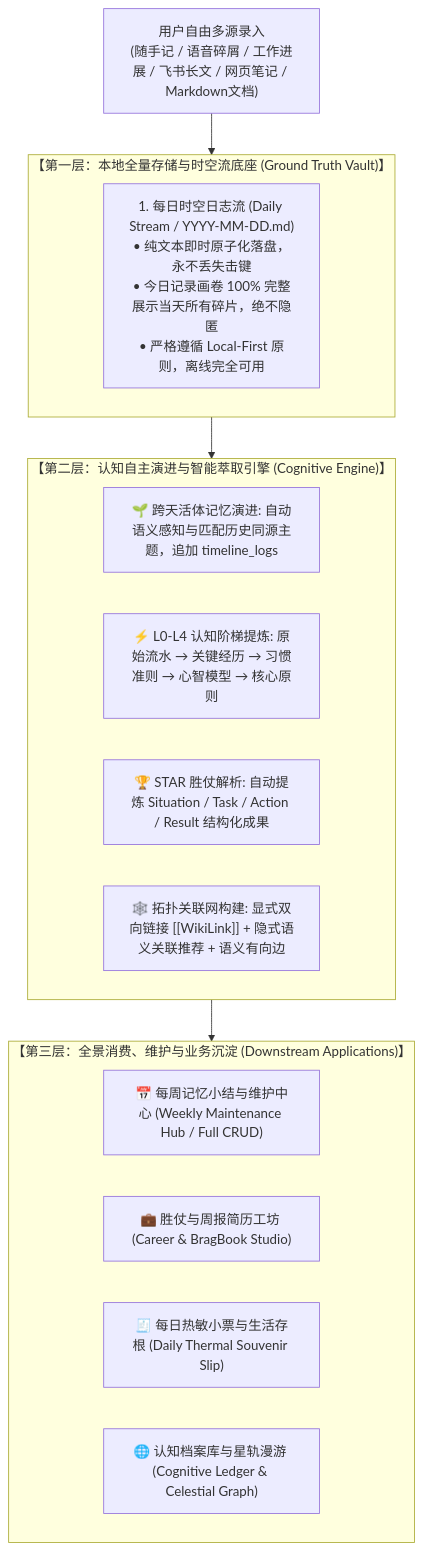
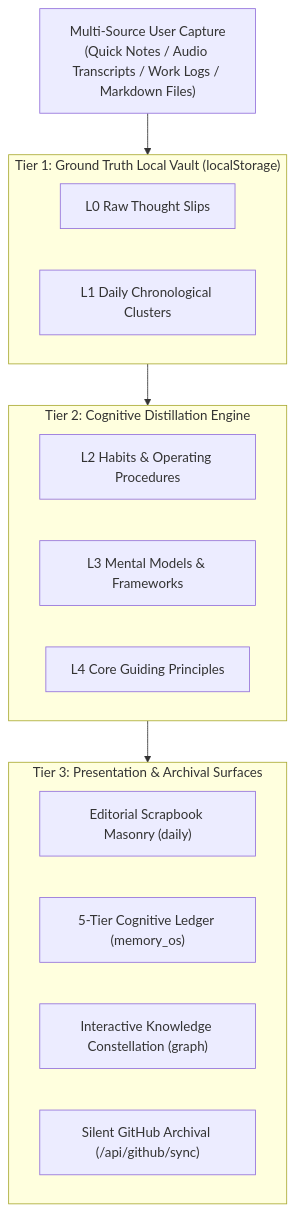
One commit to katherinecym/Dayprint-app changed the diagram in docs/PRD-Dayprint-NextGen.md. Above: the diagram before and after it, drawn with Mermaid. The commit also changed other lines of this file and 8 other files, not shown here.

````diff
--- a/docs/PRD-Dayprint-NextGen.md
+++ b/docs/PRD-Dayprint-NextGen.md
@@ -36,26 +33,26 @@
 ```mermaid
 flowchart TD
-    UserInput["用户自由多源录入\n(随手记 / 语音碎屑 / 工作进展 / 飞书长文 / 网页笔记 / Markdown文档)"] --> L1_Vault
+    UserInput["Multi-Source User Capture\n(Quick Notes / Audio Transcripts / Work Logs / Markdown Files)"] --> L1_Vault
 
-    subgraph L1_Vault["【第一层：本地全量存储与时空流底座 (Ground Truth Vault)】"]
-        DailyStream["1. 每日时空日志流 (Daily Stream / YYYY-MM-DD.md)\n• 纯文本即时原子化落盘，永不丢失击键\n• 今日记录画卷 100% 完整展示当天所有碎片，绝不隐匿\n• 严格遵循 Local-First 原则，离线完全可用"]
+    subgraph L1_Vault["Tier 1: Ground Truth Local Vault (localStorage)"]
+        RawSlips["L0 Raw Thought Slips"]
+        DailyClustering["L1 Daily Chronological Clusters"]
     end
 
-    L1_Vault --> L2_Extraction
+    L1_Vault --> L2_Distillation
 
-    subgraph L2_Extraction["【第二层：认知自主演进与智能萃取引擎 (Cognitive Engine)】"]
-        Evolve["🌱 跨天活体记忆演进: 自动语义感知与匹配历史同源主题，追加 timeline_logs"]
-        L0_L4_Distill["⚡ L0-L4 认知阶梯提炼: 原始流水 → 关键经历 → 习惯准则 → 心智模型 → 核心原则"]
-        StarExtract["🏆 STAR 胜仗解析: 自动提炼 Situation / Task / Action / Result 结构化成果"]
-        LinkTopology["🕸️ 拓扑关联网构建: 显式双向链接 [[WikiLink]] + 隐式语义关联推荐 + 语义有向边"]
+    subgraph L2_Distillation["Tier 2: Cognitive Distillation Engine"]
+        SOPs["L2 Habits & Operating Procedures"]
+        MentalModels["L3 Mental Models & Frameworks"]
+        NorthStar["L4 Core Guiding Principles"]
     end
 
-    L2_Extraction --> L3_Downstream
+    L2_Distillation --> L3_Surfaces
 
-    subgraph L3_Downstream["【第三层：全景消费、维护与业务沉淀 (Downstream Applications)】"]
-        WeeklyHub["📅 每周记忆小结与维护中心 (Weekly Maintenance Hub / Full CRUD)"]
-        CareerStudio["💼 胜仗与周报简历工坊 (Career & BragBook Studio)"]
-        ThermalReceipt["🧾 每日热敏小票与生活存根 (Daily Thermal Souvenir Slip)"]
-        GraphOS["🌐 认知档案库与星轨漫游 (Cognitive Ledger & Celestial Graph)"]
+    subgraph L3_Surfaces["Tier 3: Presentation & Archival Surfaces"]
+        CanvasView["Editorial Scrapbook Masonry (daily)"]
+        LedgerView["5-Tier Cognitive Ledger (memory_os)"]
+        GraphView["Interactive Knowledge Constellation (graph)"]
+        GitSync["Silent GitHub Archival (/api/github/sync)"]
     end
 ```
````
